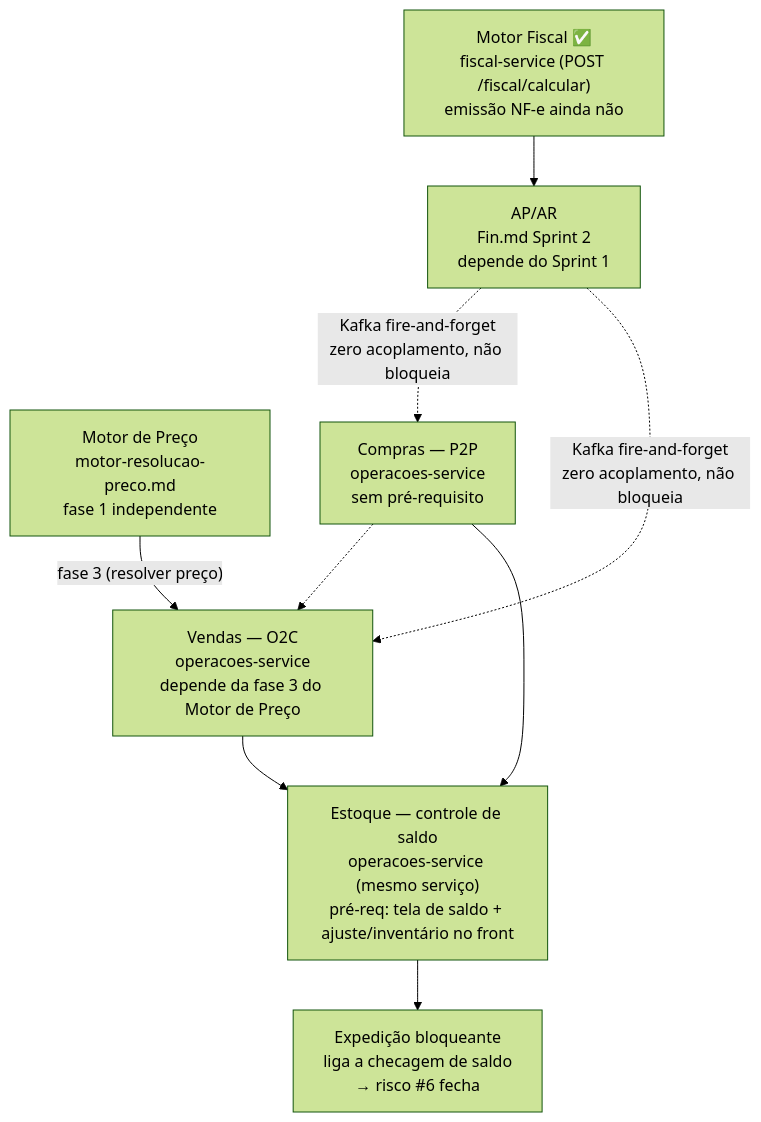
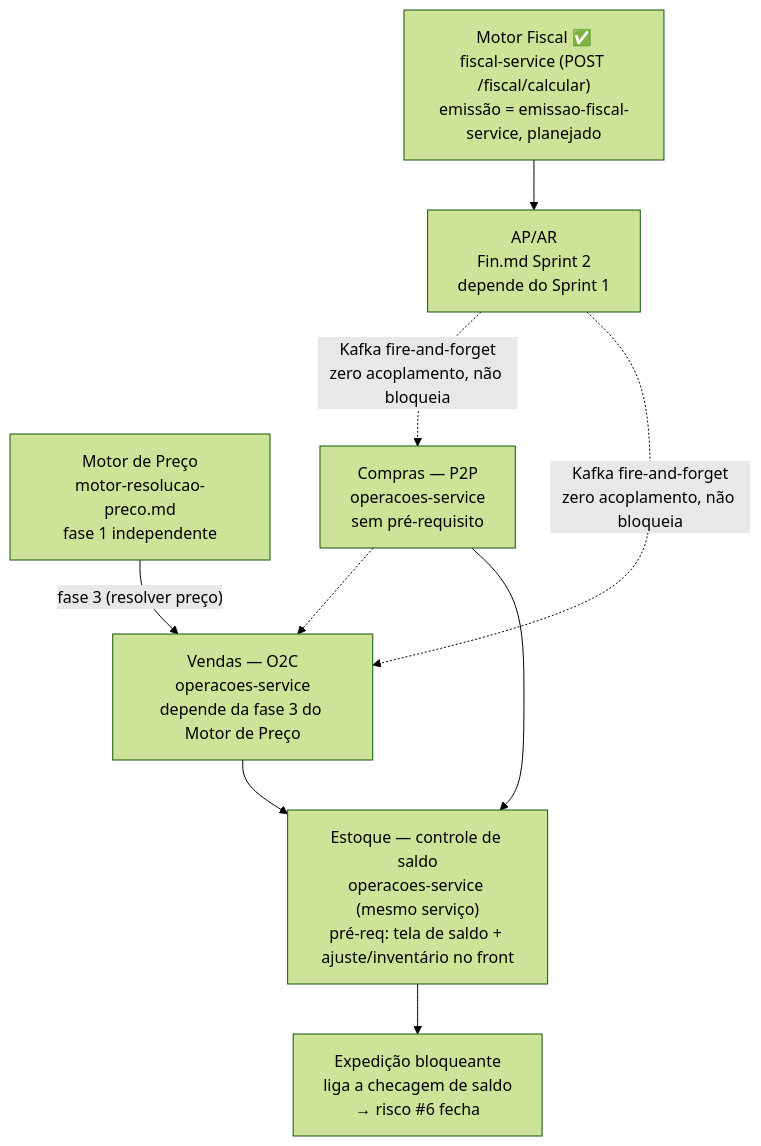
Before and after one commit to looperperp-main/lerp-system: the first of 3 diagrams in spec/modulos/o2c-vendas/o2c-vendas.md, drawn with Mermaid (forest theme). The commit also changed other lines of this file and 2 other files, not shown here.

````diff
--- a/spec/modulos/o2c-vendas/o2c-vendas.md
+++ b/spec/modulos/o2c-vendas/o2c-vendas.md
@@ -28,19 +28,19 @@
 ```mermaid
 flowchart TD
-    MF["Motor Fiscal ✅<br/>fiscal-service (POST /fiscal/calcular)<br/>emissão NF-e ainda não"]
+    MF["Motor Fiscal ✅<br/>fiscal-service (POST /fiscal/calcular)<br/>emissão = emissao-fiscal-service, planejado"]
     APAR["AP/AR<br/>Fin.md Sprint 2<br/>depende do Sprint 1"]
     MP["Motor de Preço<br/>motor-resolucao-preco.md<br/>fase 1 independente"]
     P2P["Compras — P2P<br/>operacoes-service<br/>sem pré-requisito"]
     O2C["Vendas — O2C<br/>operacoes-service<br/>depende da fase 3 do Motor de Preço"]
     EST["Estoque — controle de saldo<br/>operacoes-service (mesmo serviço)<br/>pré-req: tela de saldo + ajuste/inventário no front"]
     BLK["Expedição bloqueante<br/>liga a checagem de saldo<br/>→ risco #6 fecha"]
 
     MF --> APAR
     MP -->|"fase 3 (resolver preço)"| O2C
     APAR -.->|"Kafka fire-and-forget<br/>zero acoplamento, não bloqueia"| P2P
     APAR -.->|"Kafka fire-and-forget<br/>zero acoplamento, não bloqueia"| O2C
     P2P -.-> O2C
     P2P --> EST
     O2C --> EST
     EST --> BLK
 ```
````
